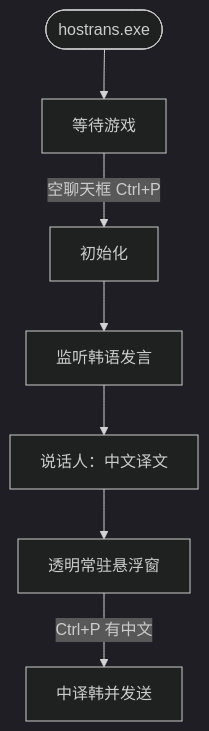
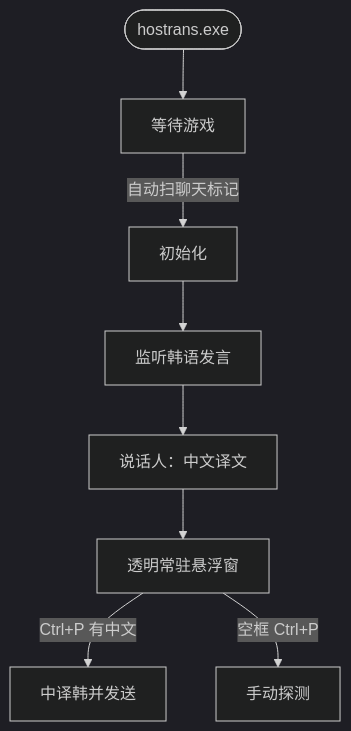
One commit to lewoking/hostrans-go changed the diagram in README.md. Above: the diagram before and after it, drawn with Mermaid (dark theme). The commit also changed other lines of this file and 12 other files, not shown here.

````diff
--- a/README.md
+++ b/README.md
@@ -5,9 +5,10 @@
 ```mermaid
 flowchart TB
     Start(["hostrans.exe"]) --> Wait["等待游戏"]
-    Wait -->|"空聊天框 Ctrl+P"| Loc["初始化"]
+    Wait -->|"自动扫聊天标记"| Loc["初始化"]
     Loc --> Poll["监听韩语发言"]
     Poll --> ZH["说话人：中文译文"]
     ZH --> OV["透明常驻悬浮窗"]
     OV -->|"Ctrl+P 有中文"| Paste["中译韩并发送"]
+    OV -->|"空框 Ctrl+P"| Manual["手动探测"]
 ```
````
